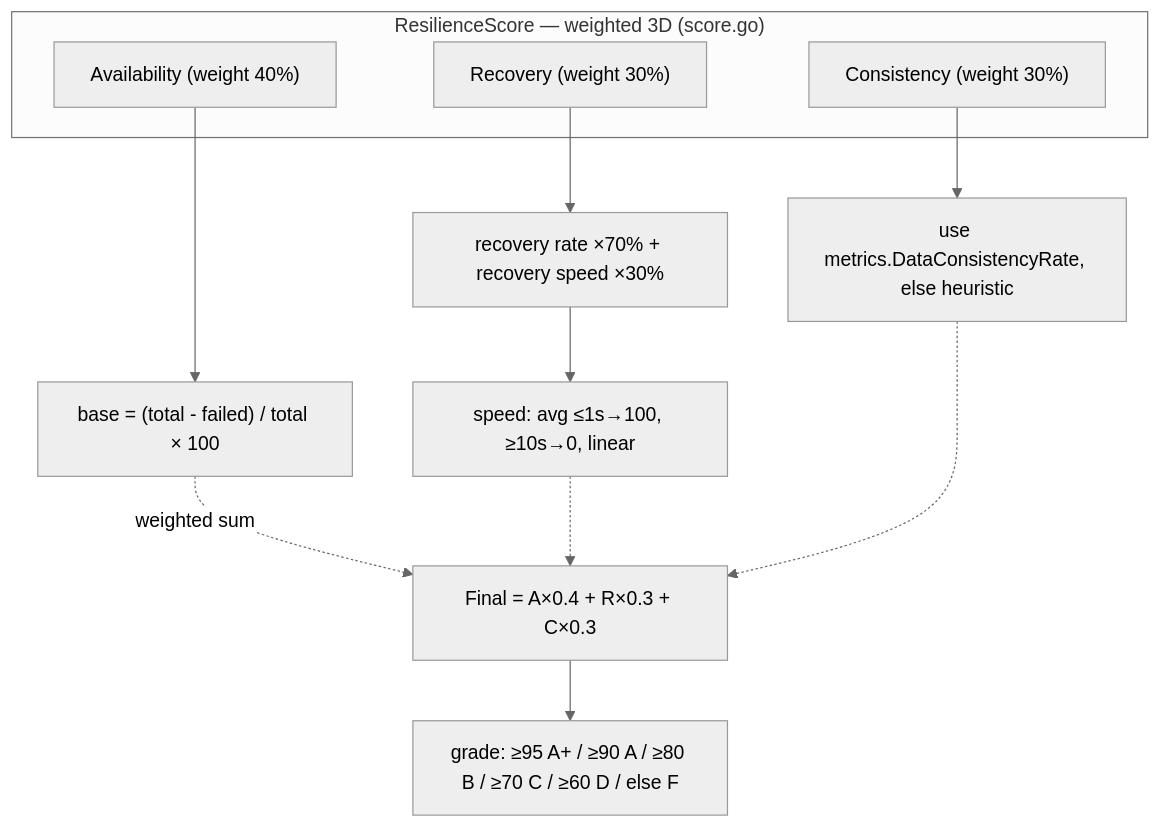
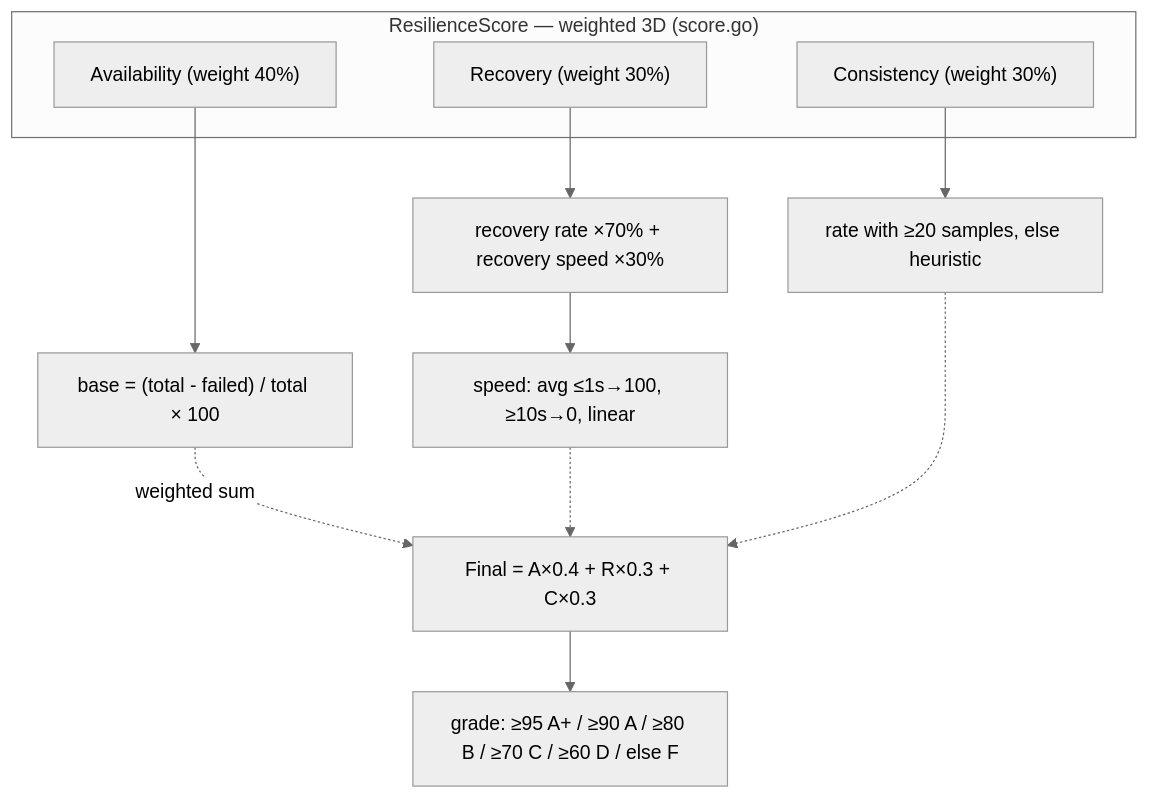
The third of 4 diagrams in docs/articles/en/09-arena-fault-injection-deep-dive.md (Timwood0x10/ARES), drawn with Mermaid (neutral theme) before and after one commit. The commit also changed other lines of this file and 45 other files, not shown here.

Commit message:
feat(observability):  data-consistency observer + MCP tool-bridge mirror

````diff
--- a/docs/articles/en/09-arena-fault-injection-deep-dive.md
+++ b/docs/articles/en/09-arena-fault-injection-deep-dive.md
@@ -223,16 +223,16 @@
 ```mermaid
 flowchart TB
     subgraph Score["ResilienceScore — weighted 3D (score.go)"]
         A["Availability (weight 40%)"]
         R["Recovery (weight 30%)"]
         C["Consistency (weight 30%)"]
     end
     A --> A1["base = (total - failed) / total × 100"]
     R --> R1["recovery rate ×70% + recovery speed ×30%"]
     R1 --> R2["speed: avg ≤1s→100, ≥10s→0, linear"]
-    C --> C1["use metrics.DataConsistencyRate, else heuristic"]
+    C --> C1["rate with ≥20 samples, else heuristic"]
     A1 -.weighted sum.-> FIN["Final = A×0.4 + R×0.3 + C×0.3"]
     R2 -.-> FIN
     C1 -.-> FIN
     FIN --> G["grade: ≥95 A+ / ≥90 A / ≥80 B / ≥70 C / ≥60 D / else F"]
 ```
````
